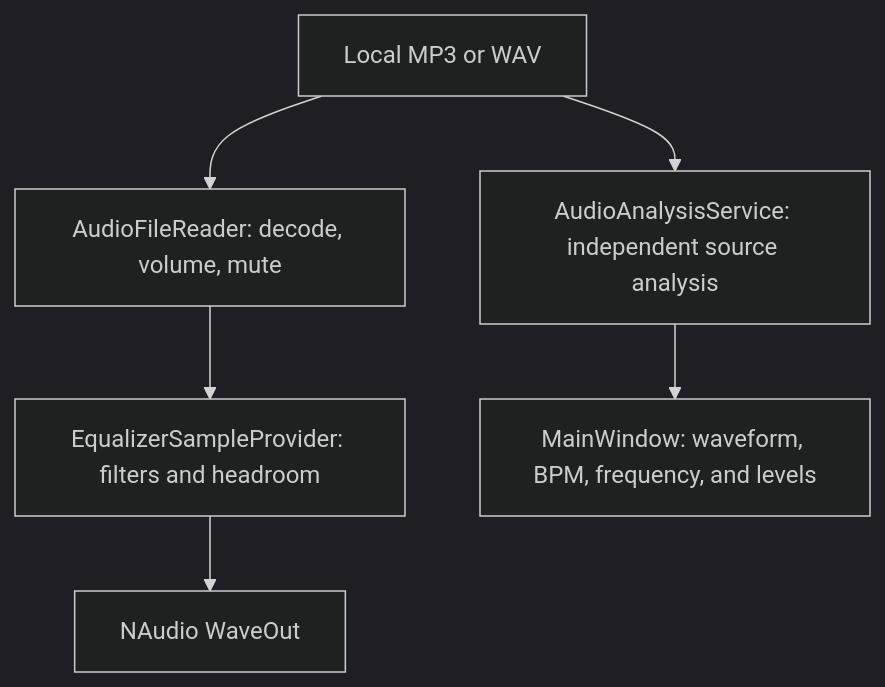
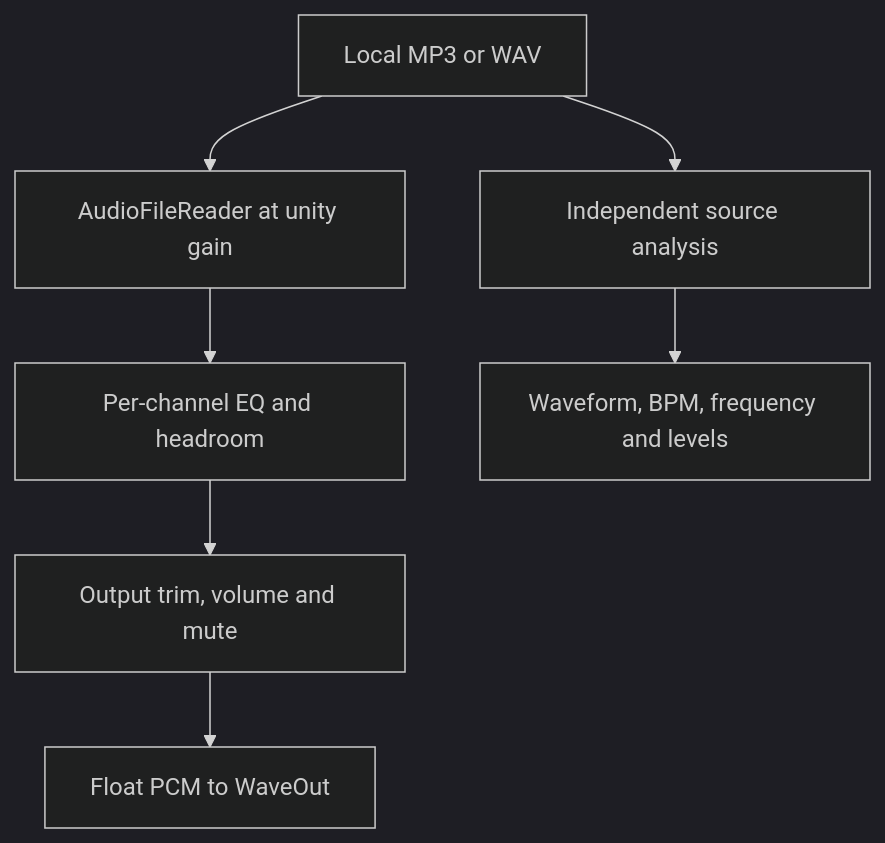
The diagram in README.md (jgncodes/MusicPlayer), drawn with Mermaid (dark theme) before and after one commit. The commit also changed other lines of this file and 17 other files, not shown here.

````diff
--- a/README.md
+++ b/README.md
@@ -62,8 +67,9 @@
 ```mermaid
 flowchart TD
-    File["Local MP3 or WAV"] --> Reader["AudioFileReader: decode, volume, mute"]
-    File --> Analysis["AudioAnalysisService: independent source analysis"]
-    Reader --> EQ["EqualizerSampleProvider: filters and headroom"]
-    EQ --> Output["NAudio WaveOut"]
-    Analysis --> UI["MainWindow: waveform, BPM, frequency, and levels"]
+    File["Local MP3 or WAV"] --> Reader["AudioFileReader at unity gain"]
+    File --> Analysis["Independent source analysis"]
+    Reader --> EQ["Per-channel EQ and headroom"]
+    EQ --> Level["Output trim, volume and mute"]
+    Level --> Output["Float PCM to WaveOut"]
+    Analysis --> UI["Waveform, BPM, frequency and levels"]
 ```
````
